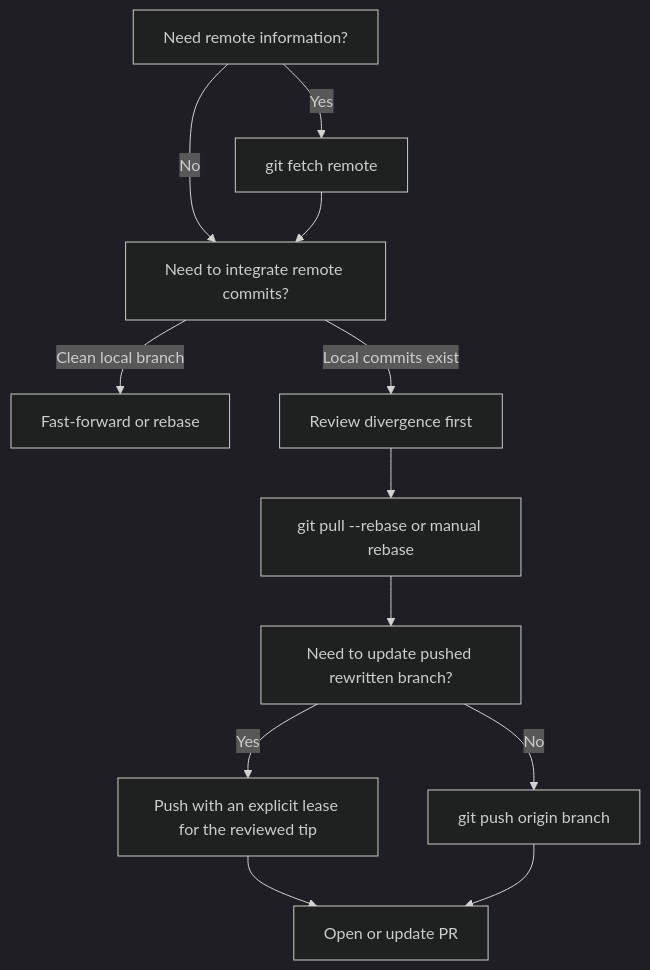
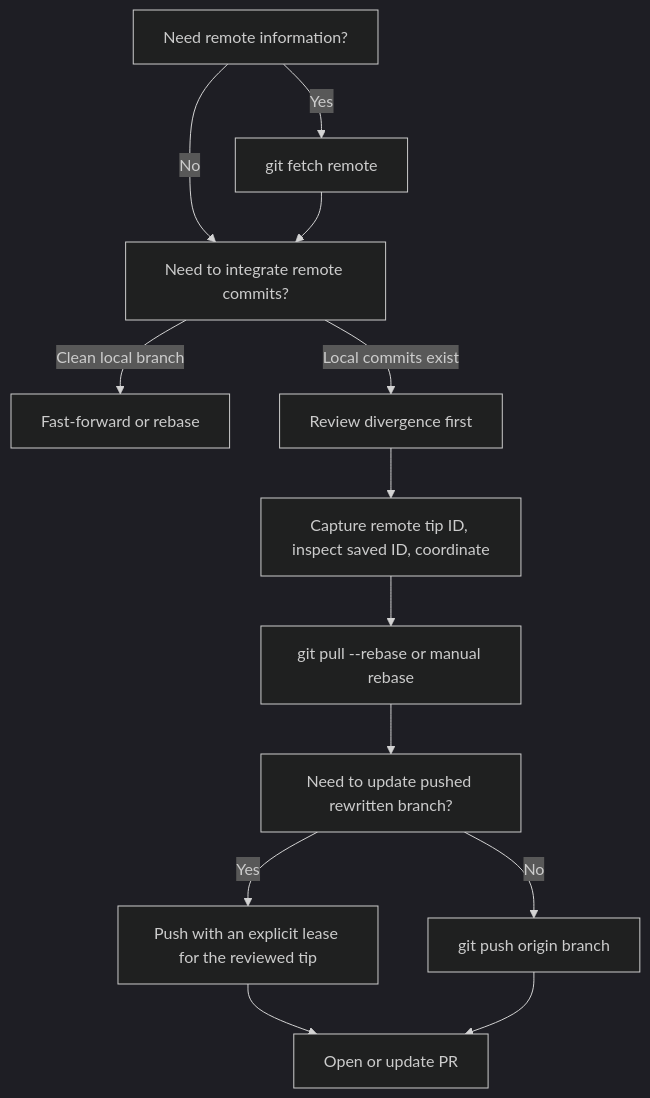
One commit to kube-dojo/kube-dojo.github.io changed the fourth of 4 diagrams in src/content/docs/prerequisites/git-deep-dive/module-7-remotes-prs.md. Above: the diagram before and after it, drawn with Mermaid (dark theme). The commit also changed other lines of this file, not shown here.

Commit message:
fix(git): align lease assessments and recovery (#3644)

````diff
--- a/src/content/docs/prerequisites/git-deep-dive/module-7-remotes-prs.md
+++ b/src/content/docs/prerequisites/git-deep-dive/module-7-remotes-prs.md
@@ -441,14 +442,15 @@
 ```mermaid
 flowchart TD
     A["Need remote information?"] -->|Yes| B["git fetch remote"]
     A -->|No| C["Need to integrate remote commits?"]
     B --> C
     C -->|Clean local branch| D["Fast-forward or rebase"]
     C -->|Local commits exist| E["Review divergence first"]
-    E --> F["git pull --rebase or manual rebase"]
+    E --> K["Capture remote tip ID, inspect saved ID, coordinate"]
+    K --> F["git pull --rebase or manual rebase"]
     F --> G["Need to update pushed rewritten branch?"]
     G -->|Yes| H["Push with an explicit lease for the reviewed tip"]
     G -->|No| I["git push origin branch"]
     H --> J["Open or update PR"]
     I --> J
 ```
````
